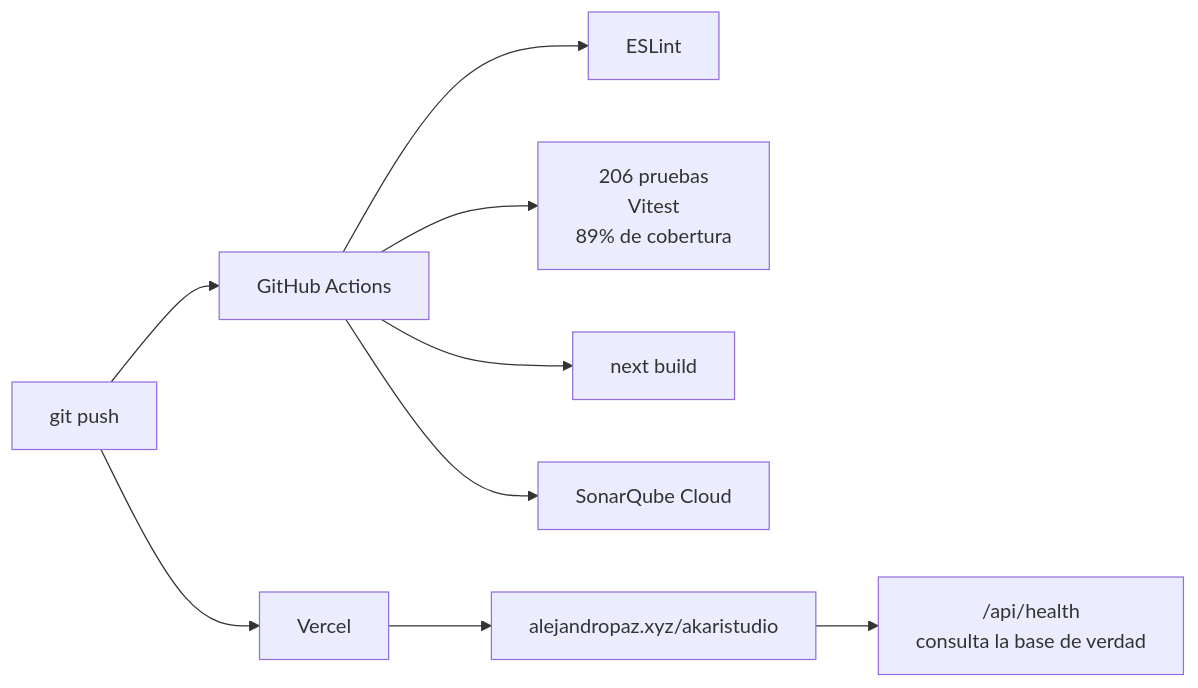
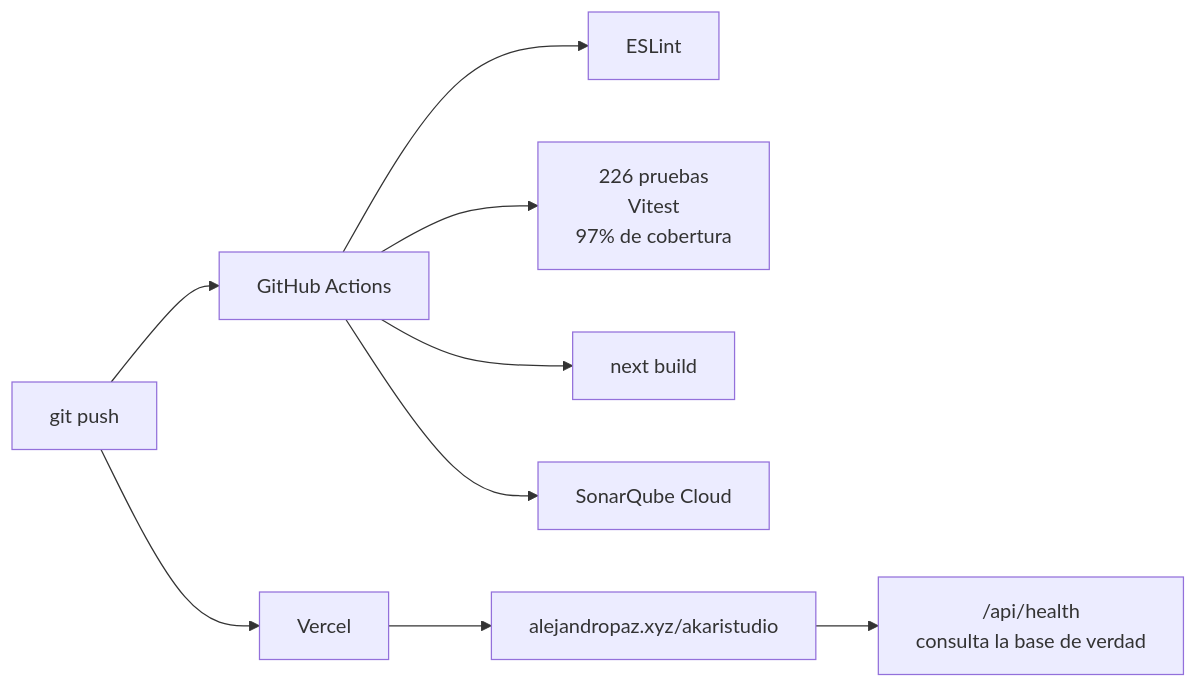
The seventh of 7 diagrams in docs/arquitectura.md (Alejandro-Paz05/Proyecto_ISW2), drawn with Mermaid before and after one commit. The commit also changed other lines of this file and 2 other files, not shown here.

First line of the commit message:
docs(arquitectura): reflejar las dos tablas nuevas en el modelo y los diagramas

````diff
--- a/docs/arquitectura.md
+++ b/docs/arquitectura.md
@@ -236,11 +260,11 @@
 ```mermaid
 flowchart LR
     dev["git push"] --> ci["GitHub Actions"]
     ci --> lint["ESLint"]
-    ci --> test["206 pruebas<br/>Vitest<br/>89% de cobertura"]
+    ci --> test["226 pruebas<br/>Vitest<br/>97% de cobertura"]
     ci --> build["next build"]
     ci --> sonar["SonarQube Cloud"]
     dev --> vercel["Vercel"]
     vercel --> prod["alejandropaz.xyz/akaristudio"]
     prod --> health["/api/health<br/>consulta la base de verdad"]
 ```
````
